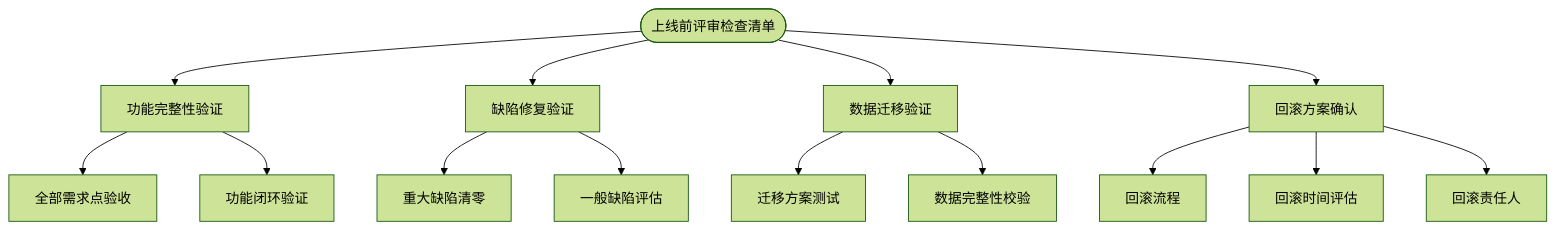
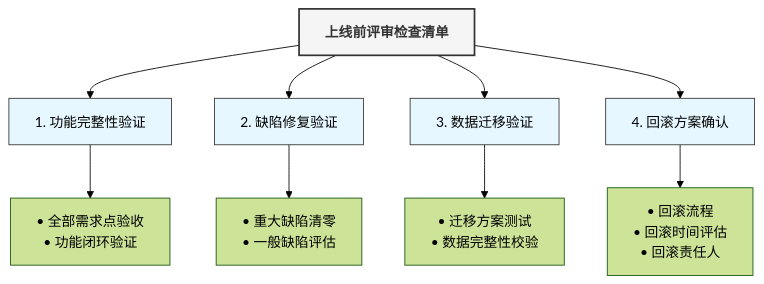
One commit to Taskon-xyz/PR changed the sixth of 11 diagrams in 开发流程图.md. Above: the diagram before and after it, drawn with Mermaid (forest theme). The commit also changed other lines of this file and 1 other file, not shown here.

````diff
--- a/开发流程图.md
+++ b/开发流程图.md
@@ -172,20 +155,20 @@
 ```mermaid
-graph TD
-    Launch_Check(["上线前评审检查清单"]) --> F1["功能完整性验证"]
-    Launch_Check --> F2["缺陷修复验证"]
-    Launch_Check --> F3["数据迁移验证"]
-    Launch_Check --> F4["回滚方案确认"]
+graph TB
+    classDef mainNode fill:#f5f5f5,stroke:#333,stroke-width:2px,color:#333,font-weight:bold
+    classDef subNode fill:#e6f7ff,stroke:#333,stroke-width:1px
     
-    F1 --> F1_1["全部需求点验收"]
-    F1 --> F1_2["功能闭环验证"]
+    Launch_Check["上线前评审检查清单"]
     
-    F2 --> F2_1["重大缺陷清零"]
-    F2 --> F2_2["一般缺陷评估"]
+    Launch_Check --> Completeness["1. 功能完整性验证"]
+    Launch_Check --> Bugs["2. 缺陷修复验证"]
+    Launch_Check --> Migration["3. 数据迁移验证"]
+    Launch_Check --> Rollback["4. 回滚方案确认"]
     
-    F3 --> F3_1["迁移方案测试"]
-    F3 --> F3_2["数据完整性校验"]
+    Completeness --> Comp1["• 全部需求点验收<br>• 功能闭环验证"]
+    Bugs --> Bug1["• 重大缺陷清零<br>• 一般缺陷评估"]
+    Migration --> Migr1["• 迁移方案测试<br>• 数据完整性校验"]
+    Rollback --> Roll1["• 回滚流程<br>• 回滚时间评估<br>• 回滚责任人"]
     
-    F4 --> F4_1["回滚流程"]
-    F4 --> F4_2["回滚时间评估"]
-    F4 --> F4_3["回滚责任人"]
+    class Launch_Check mainNode
+    class Completeness,Bugs,Migration,Rollback subNode
 ```
````
